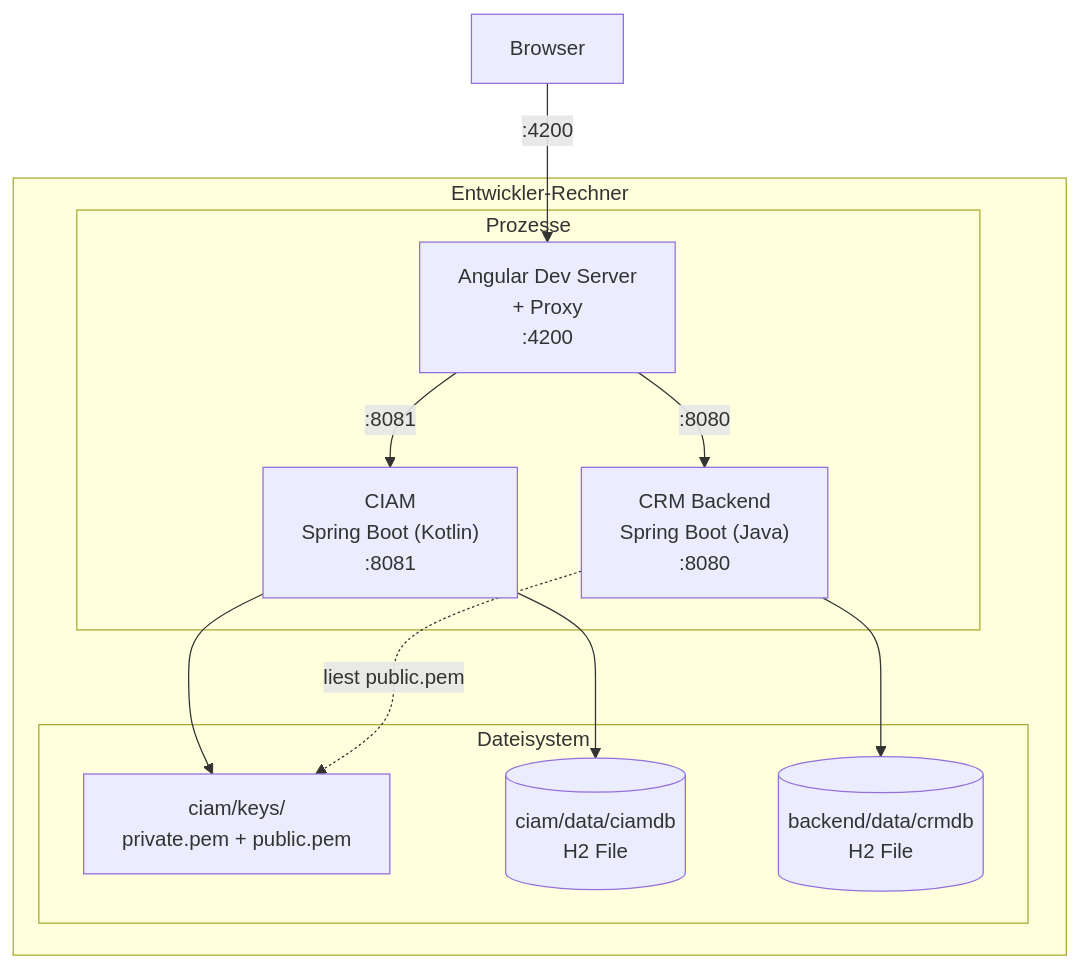
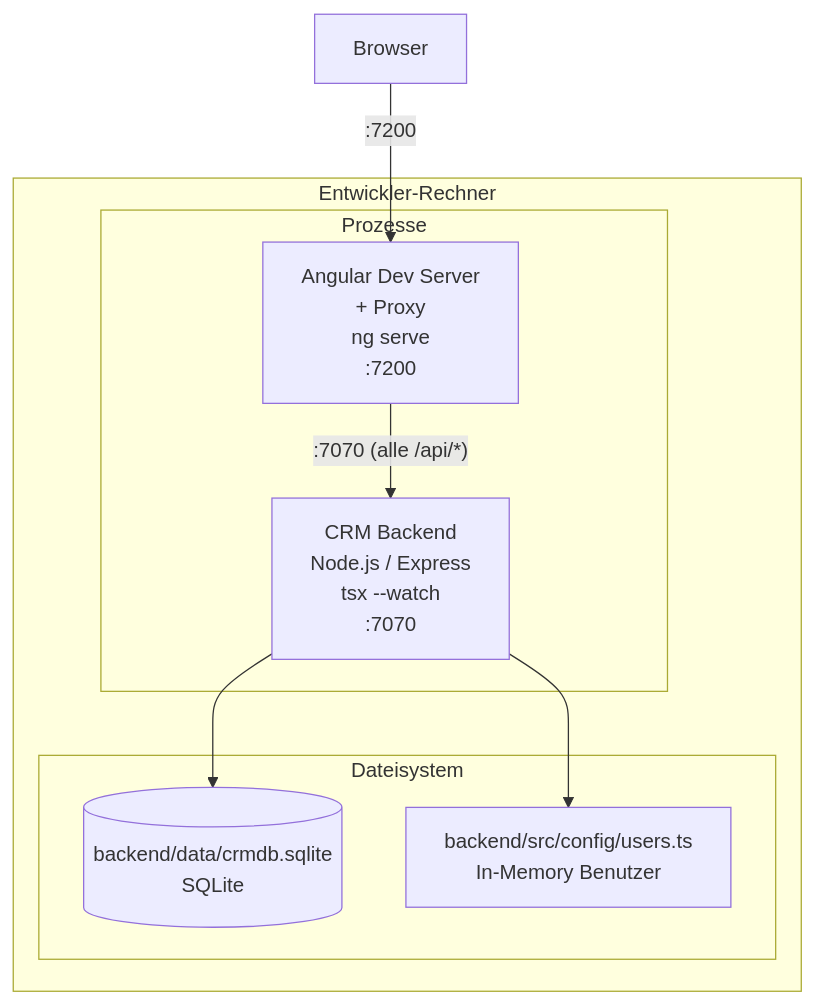
One commit to atra-consulting/coding-with-ai-lab changed the sixth of 8 diagrams in docs/architecture.md. Above: the diagram before and after it, drawn with Mermaid. The commit also changed other lines of this file, not shown here.

First line of the commit message:
feat: Rewrite architecture.md for Node.js/Express/SQLite stack. UPDATE-README

````diff
--- a/docs/architecture.md
+++ b/docs/architecture.md
@@ -239,25 +267,20 @@
 ```mermaid
 graph TB
     subgraph "Entwickler-Rechner"
         subgraph "Prozesse"
-            CIAM["CIAM<br/>Spring Boot (Kotlin)<br/>:8081"]
-            CRM["CRM Backend<br/>Spring Boot (Java)<br/>:8080"]
-            NG["Angular Dev Server<br/>+ Proxy<br/>:4200"]
+            BE["CRM Backend<br/>Node.js / Express<br/>tsx --watch<br/>:7070"]
+            NG["Angular Dev Server<br/>+ Proxy<br/>ng serve<br/>:7200"]
         end
 
         subgraph "Dateisystem"
-            KEYS["ciam/keys/<br/>private.pem + public.pem"]
-            CIAMDB[("ciam/data/ciamdb<br/>H2 File")]
-            CRMDB[("backend/data/crmdb<br/>H2 File")]
+            DB[("backend/data/crmdb.sqlite<br/>SQLite")]
+            USERS["backend/src/config/users.ts<br/>In-Memory Benutzer"]
         end
 
-        CIAM --> CIAMDB
-        CIAM --> KEYS
-        CRM --> CRMDB
-        CRM -. "liest public.pem" .-> KEYS
-        NG -- ":8081" --> CIAM
-        NG -- ":8080" --> CRM
+        BE --> DB
+        BE --> USERS
+        NG -- ":7070 (alle /api/*)" --> BE
     end
 
-    Browser["Browser"] -- ":4200" --> NG
+    Browser["Browser"] -- ":7200" --> NG
 ```
````
